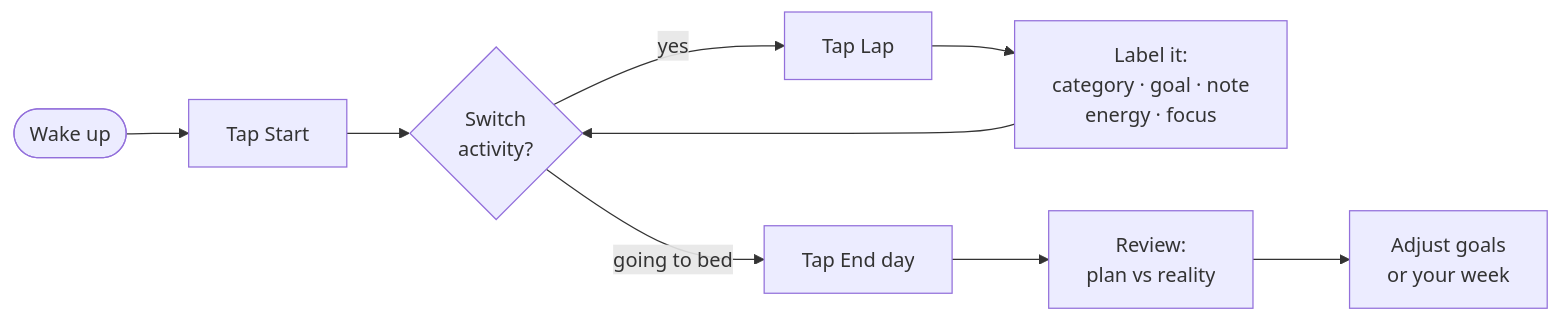
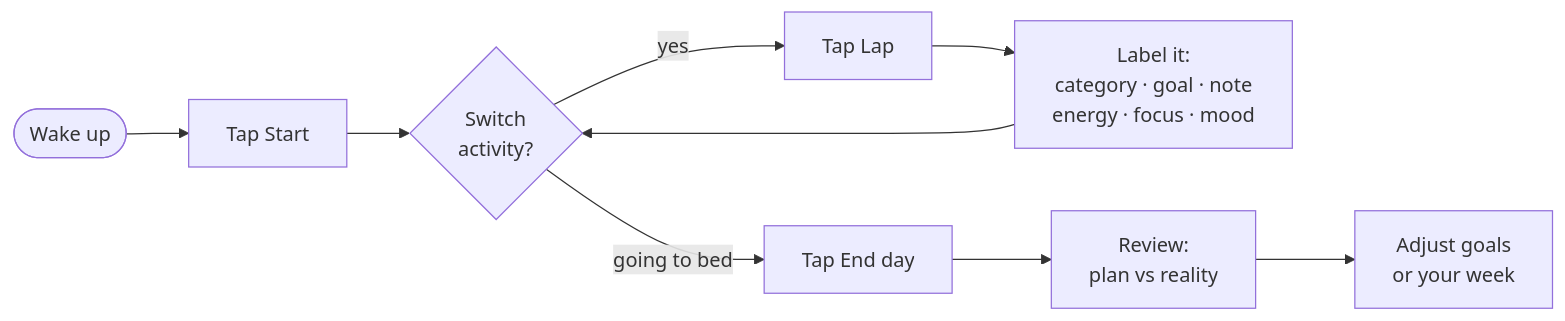
The diagram in README.md (saifimd1234/lifesplits), drawn with Mermaid before and after one commit. The commit also changed other lines of this file and 30 other files, not shown here.

````diff
--- a/README.md
+++ b/README.md
@@ -138,11 +145,11 @@
 ```mermaid
 flowchart LR
     A([Wake up]) --> B[Tap Start]
     B --> C{Switch<br>activity?}
     C -- yes --> D[Tap Lap]
-    D --> E[Label it:<br>category · goal · note<br>energy · focus]
+    D --> E[Label it:<br>category · goal · note<br>energy · focus · mood]
     E --> C
     C -- going to bed --> F[Tap End day]
     F --> G[Review:<br>plan vs reality]
     G --> H[Adjust goals<br>or your week]
 ```
````
